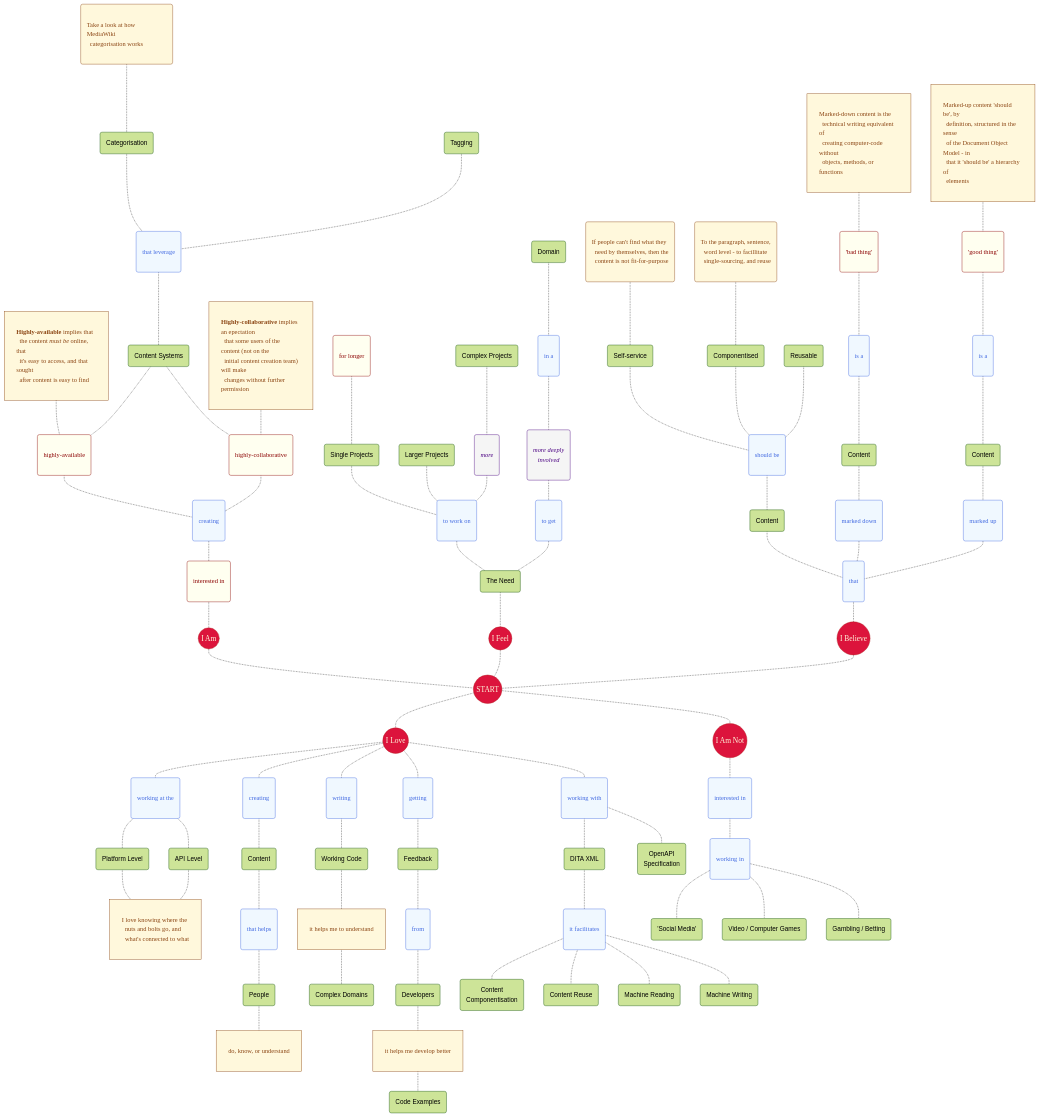
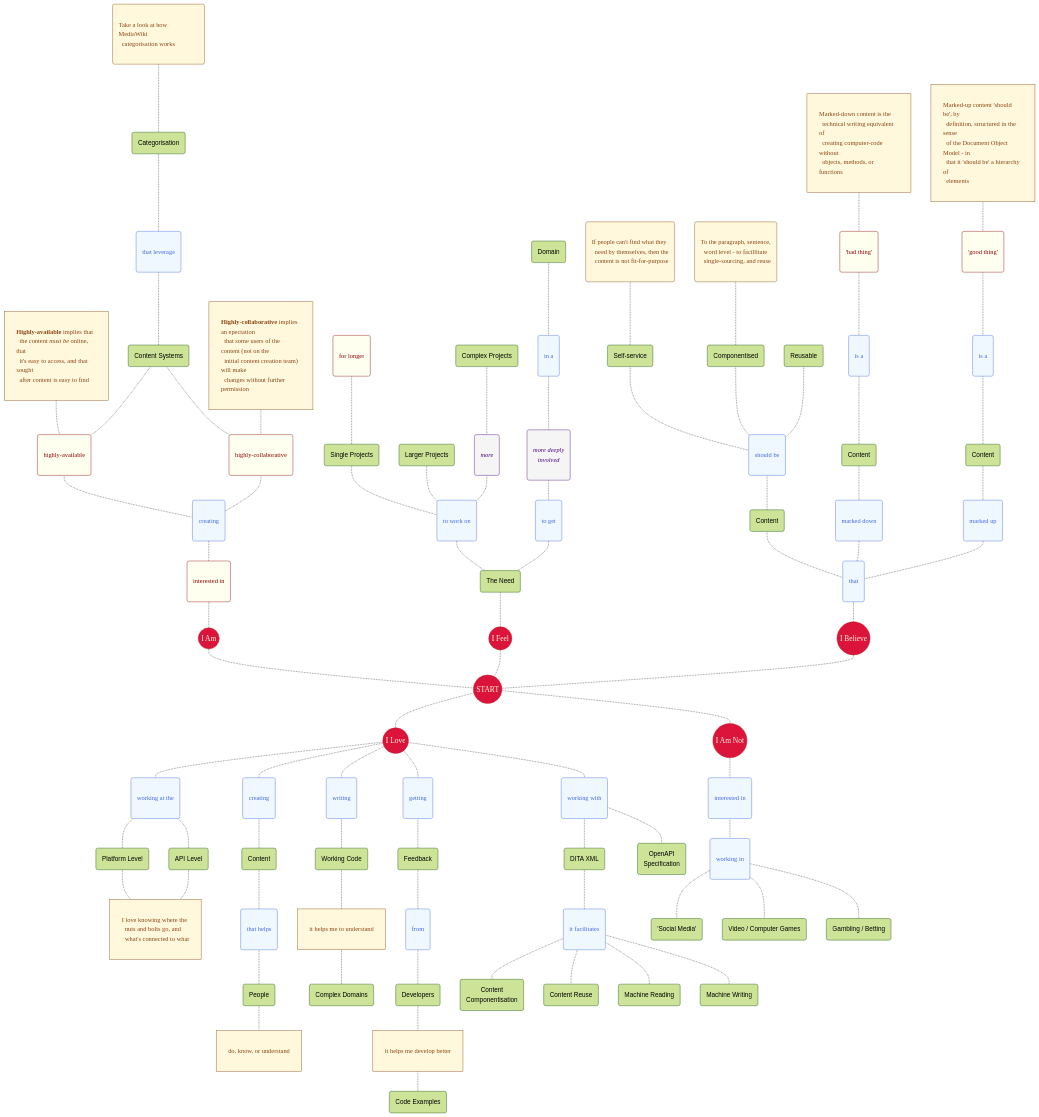
The diagram in my_mermaid_mindmap.md (joe-dorward/samples), drawn with Mermaid before and after one commit.

```diff
--- a/my_mermaid_mindmap.md
+++ b/my_mermaid_mindmap.md
@@ -24,7 +24,6 @@
   %%HIGHLY_COLABORATIVE_NOTE["<b>Highly-collaborative</b> implies an<br/>&ensp;epectation that some users of the<br/>&ensp;content (not on the initial content<br/>&ensp;creation team) will make changes<br/>&ensp;without further permission"]
   HIGHLY_COLABORATIVE_NOTE["<b>Highly-collaborative</b> implies an epectation<br/>&ensp;that some users of the content (not on the<br/>&ensp;initial content creation team) will make<br/>&ensp;changes without further permission"]
 
-
   class SELF_SERVICE_NOTE,CATEGORISATION_NOTE,COMPONENTISED_NOTE,PLATFORM_LEVEL_NOTE,MARKED_DOWN_CONTENT_NOTE,MARKED_UP_CONTENT_NOTE,HIGHLY_AVAILABLE_NOTE,HIGHLY_COLABORATIVE_NOTE Note;
 
   SELF_SERVICE_NOTE-.-SELF_SERVICE
@@ -48,14 +47,14 @@
   CONTENT_SYSTEMS("Content Systems")
   THAT_LEVERAGE("that leverage")
   CATEGORISATION("Categorisation")
-  TAGGING("Tagging")
+  %%TAGGING("Tagging")
   CREATING_2("creating")
 
   class INTERESTED_IN,HIGHLY_AVAILABLE,HIGHLY_FINDABLE,HIGHLY_COLABORATIVE Adjective;
   class CREATING_2,THAT_LEVERAGE Verb;
 
   CATEGORISATION-.-THAT_LEVERAGE
-  TAGGING-.-THAT_LEVERAGE
+  %%TAGGING-.-THAT_LEVERAGE
 
   %%THAT_LEVERAGE-.-
   %%CONTENT_SYSTEMS-.-HIGHLY_AVAILABLE-.-CREATING_2
```
